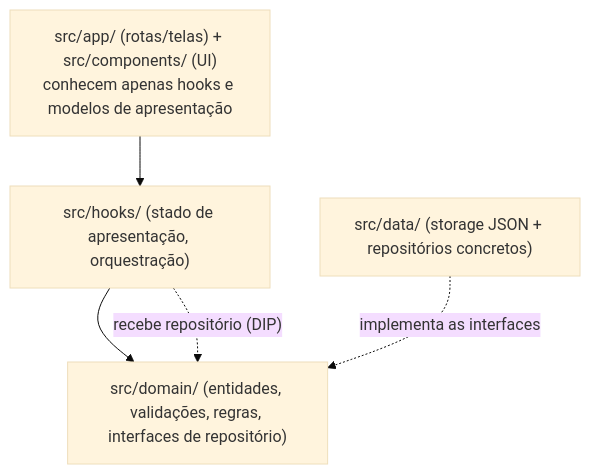
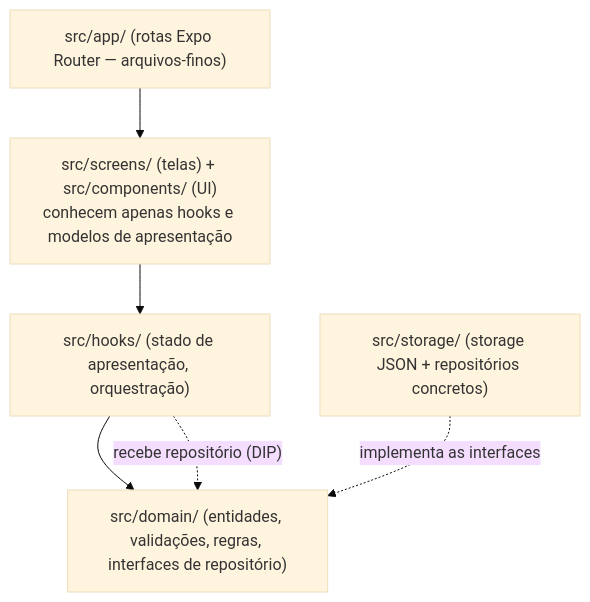
Before and after one commit to heyalmeida/studia-app: the diagram in docs/architecture/architecture.md, drawn with Mermaid (base theme). The commit also changed other lines of this file and 13 other files, not shown here.

First line of the commit message:
docs: sincroniza estrutura screens/storage/styles (ADR-0008)

````diff
--- a/docs/architecture/architecture.md
+++ b/docs/architecture/architecture.md
@@ -18,12 +18,14 @@
 ```mermaid
 flowchart TD
-    UI["src/app/ (rotas/telas) + src/components/ (UI)\nconhecem apenas hooks e modelos de apresentação"]
+    UI["src/screens/ (telas) + src/components/ (UI)\nconhecem apenas hooks e modelos de apresentação"]
+    ROUTES["src/app/ (rotas Expo Router — arquivos-finos)"]
     HOOKS["src/hooks/ (stado de apresentação, orquestração)"]
     DOMAIN["src/domain/ (entidades, validações, regras, interfaces de repositório)"]
-    DATA["src/data/ (storage JSON + repositórios concretos)"]
+    STORAGE["src/storage/ (storage JSON + repositórios concretos)"]
 
+    ROUTES --> UI
     UI --> HOOKS
     HOOKS --> DOMAIN
-    DATA -.->|"implementa as interfaces"| DOMAIN
+    STORAGE -.->|"implementa as interfaces"| DOMAIN
     HOOKS -.->|"recebe repositório (DIP)"| DOMAIN
 ```
````
